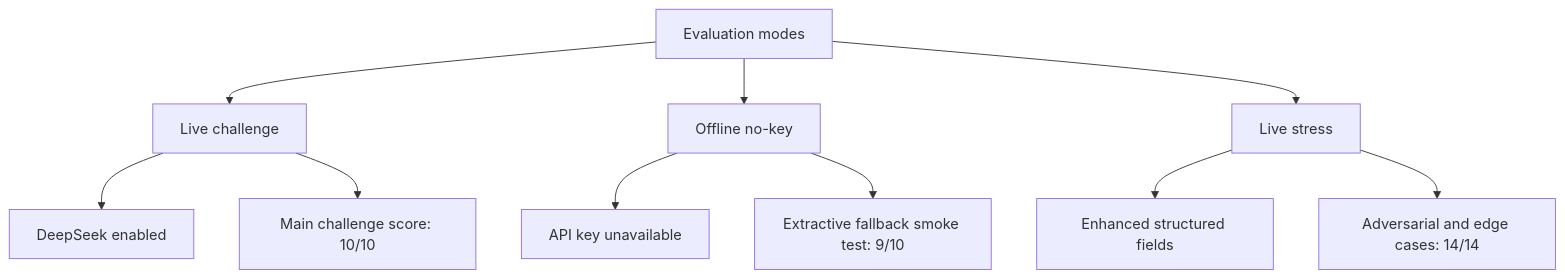
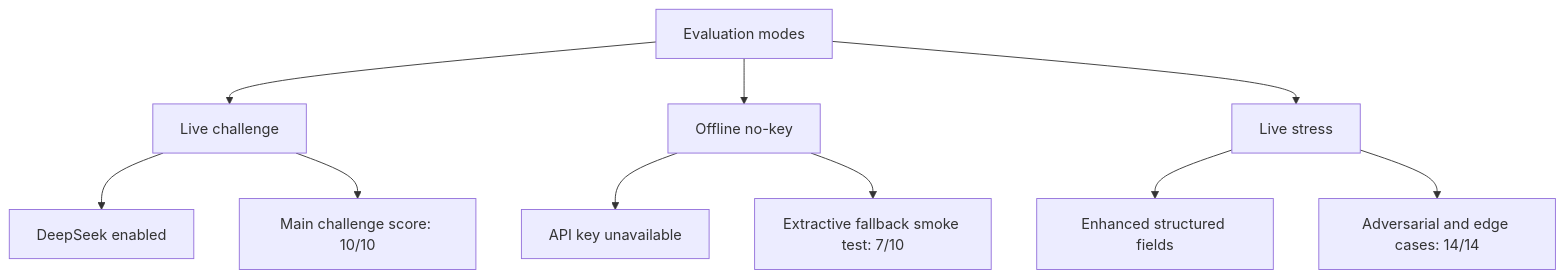
The second of 2 diagrams in docs/evaluation_strategy.md (Tyler03118/ME_Agent), drawn with Mermaid before and after one commit. The commit also changed other lines of this file and 3 other files, not shown here.

````diff
--- a/docs/evaluation_strategy.md
+++ b/docs/evaluation_strategy.md
@@ -122,15 +122,15 @@
 ```mermaid
 flowchart TD
     A["Evaluation modes"] --> B["Live challenge"]
     A --> C["Offline no-key"]
     A --> D["Live stress"]
 
     B --> B1["DeepSeek enabled"]
     B --> B2["Main challenge score: 10/10"]
 
     C --> C1["API key unavailable"]
-    C --> C2["Extractive fallback smoke test: 9/10"]
+    C --> C2["Extractive fallback smoke test: 7/10"]
 
     D --> D1["Enhanced structured fields"]
     D --> D2["Adversarial and edge cases: 14/14"]
 ```
````
